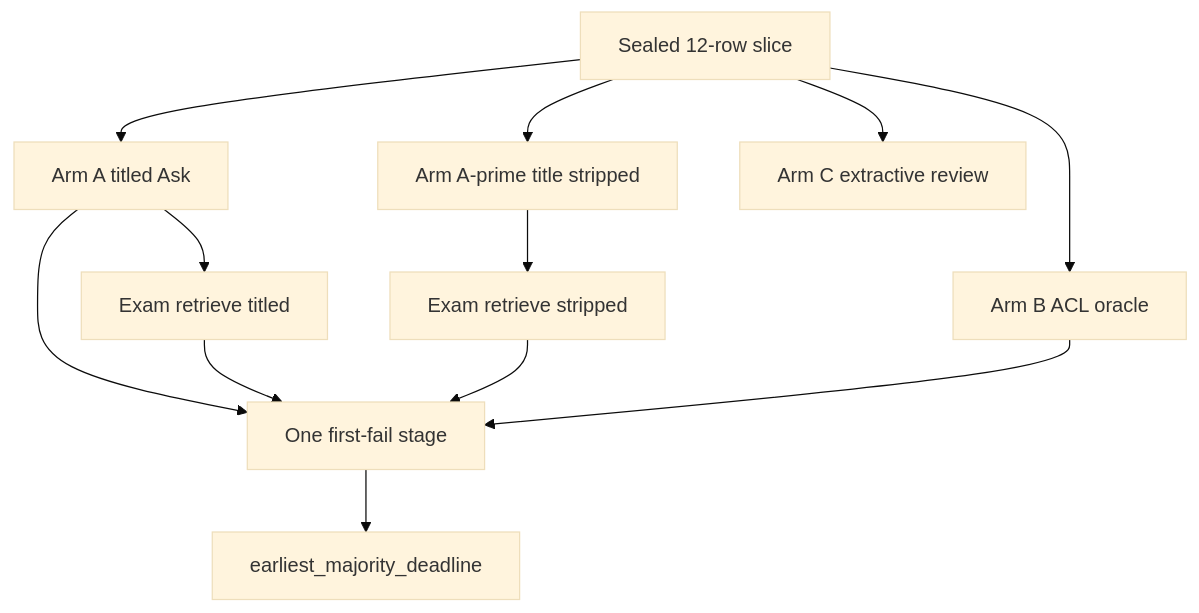
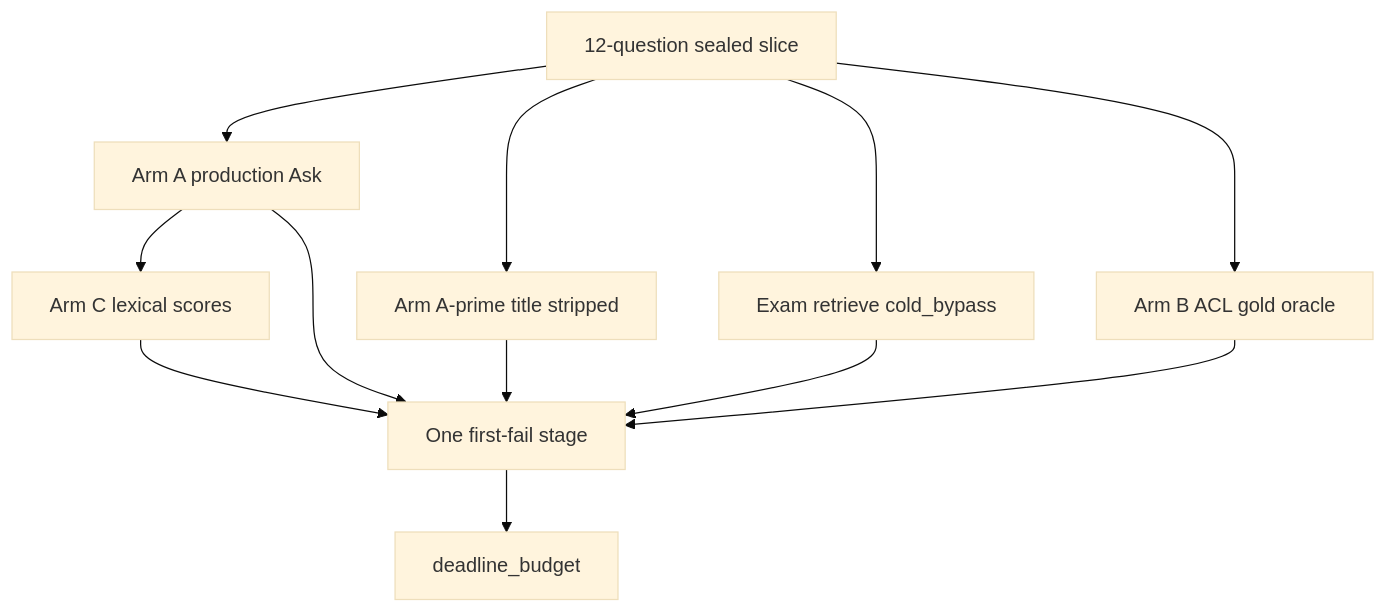
The diagram in docs/development/phase-06/p06-70-stage-isolation-2026-09-21.md (Nagdy8888/smart-rag), drawn with Mermaid (base theme) before and after one commit. The commit also changed other lines of this file and 4 other files, not shown here.

First line of the commit message:
docs(eval): record deadline_budget as the P06-70 owning gate

````diff
--- a/docs/development/phase-06/p06-70-stage-isolation-2026-09-21.md
+++ b/docs/development/phase-06/p06-70-stage-isolation-2026-09-21.md
@@ -18,14 +26,14 @@
 ```mermaid
 flowchart TD
-  gold["Sealed 12-row slice"] --> arma["Arm A titled Ask"]
-  gold --> aprime["Arm A-prime title stripped"]
-  gold --> armb["Arm B ACL oracle"]
-  gold --> armc["Arm C extractive review"]
-  arma --> examA["Exam retrieve titled"]
-  aprime --> examAp["Exam retrieve stripped"]
-  arma --> assign["One first-fail stage"]
-  examA --> assign
-  examAp --> assign
-  armb --> assign
-  assign --> gate["earliest_majority_deadline"]
+  slice["12-question sealed slice"] --> armA["Arm A production Ask"]
+  slice --> armAp["Arm A-prime title stripped"]
+  slice --> exam["Exam retrieve cold_bypass"]
+  slice --> armB["Arm B ACL gold oracle"]
+  armA --> armC["Arm C lexical scores"]
+  armA --> assign["One first-fail stage"]
+  armAp --> assign
+  exam --> assign
+  armB --> assign
+  armC --> assign
+  assign --> gate["deadline_budget"]
 ```
````
